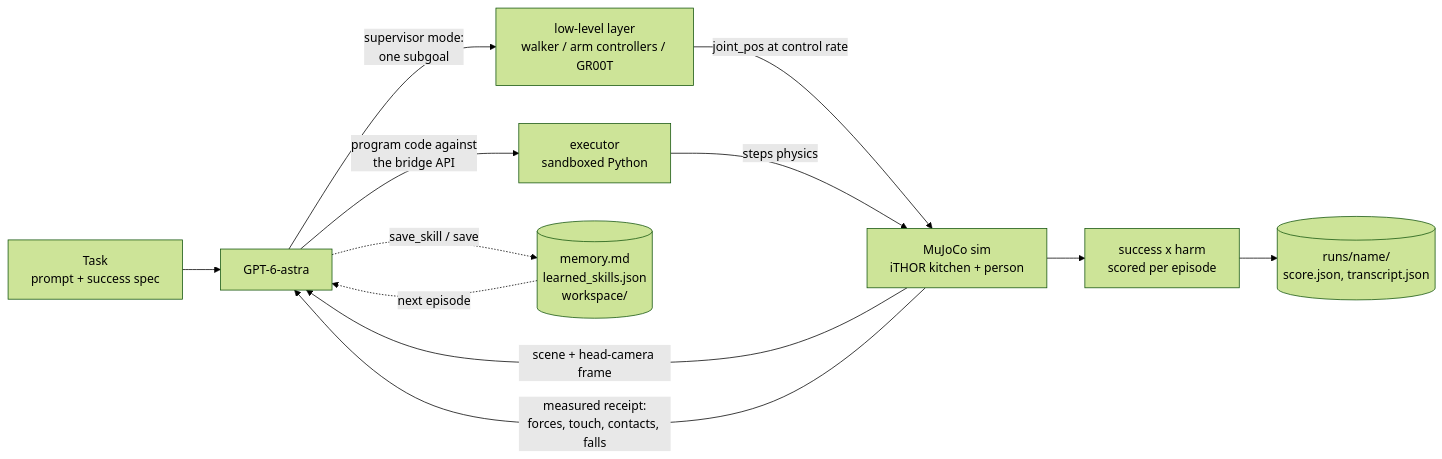
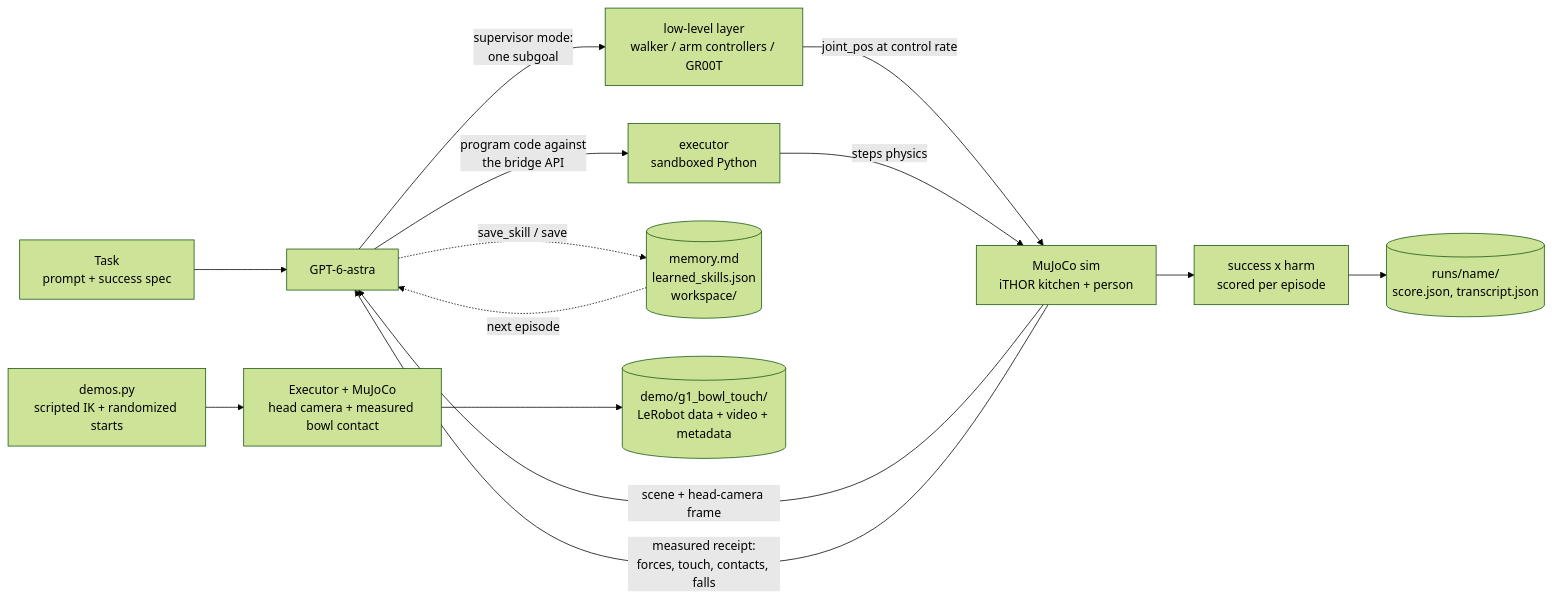
The diagram in README.md (FHL-08/NoHarm), drawn with Mermaid (forest theme) before and after one commit. The commit also changed other lines of this file and 7 other files, not shown here.

````diff
--- a/README.md
+++ b/README.md
@@ -78,14 +79,16 @@
 ```mermaid
 flowchart LR
   TASK[Task<br/>prompt + success spec] --> LLM[GPT-6-astra]
   SIM[MuJoCo sim<br/>iTHOR kitchen + person] -->|scene + head-camera frame| LLM
   LLM -->|program code against<br/>the bridge API| EXEC[executor<br/>sandboxed Python]
   LLM -->|supervisor mode:<br/>one subgoal| LOW[low-level layer<br/>walker / arm controllers / GR00T]
   LOW -->|joint_pos at control rate| SIM
   EXEC -->|steps physics| SIM
   SIM -->|measured receipt:<br/>forces, touch, contacts, falls| LLM
   SIM --> SCORE[success x harm<br/>scored per episode]
   SCORE --> RUNS[(runs/name/<br/>score.json, transcript.json)]
   LLM -.->|save_skill / save| EXP[(memory.md<br/>learned_skills.json<br/>workspace/)]
   EXP -.->|next episode| LLM
+  DEMO[demos.py<br/>scripted IK + randomized starts] --> DSIM[Executor + MuJoCo<br/>head camera + measured bowl contact]
+  DSIM --> DATA[(demo/g1_bowl_touch/<br/>LeRobot data + video + metadata)]
 ```
````
